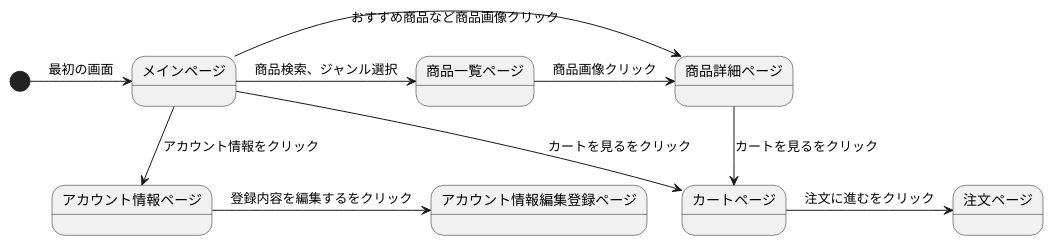
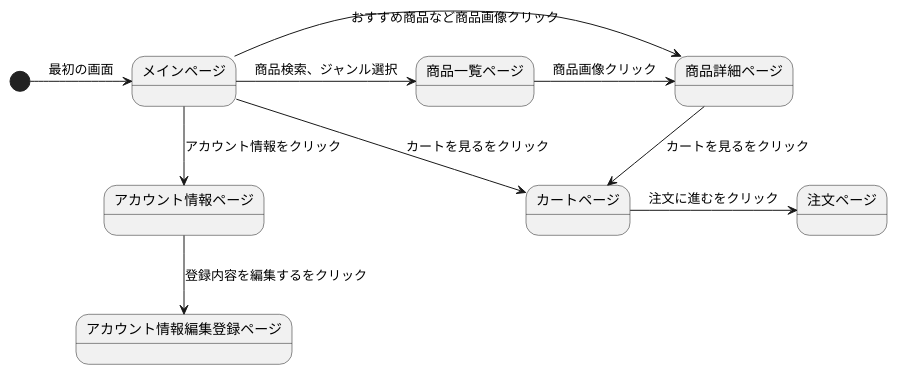
The first of 2 diagrams in orcashop/StateMachine.md (Aso2001385/2021sys-design), drawn with PlantUML before and after one commit.

````diff
--- a/orcashop/StateMachine.md
+++ b/orcashop/StateMachine.md
@@ -1,14 +1,14 @@
 ```uml
 @startuml
 
 [*] -> メインページ: 最初の画面
 メインページ -> 商品一覧ページ: 商品検索、ジャンル選択
 メインページ -> 商品詳細ページ: おすすめ商品など商品画像クリック
 商品一覧ページ -> 商品詳細ページ: 商品画像クリック
 商品詳細ページ -down-> カートページ: カートを見るをクリック
 カートページ -> 注文ページ: 注文に進むをクリック
 メインページ -down-> アカウント情報ページ: アカウント情報をクリック
 メインページ -> カートページ: カートを見るをクリック
-アカウント情報ページ -down> アカウント情報編集登録ページ: 登録内容を編集するをクリック
+アカウント情報ページ -down-> アカウント情報編集登録ページ: 登録内容を編集するをクリック
 @enduml
 ```
````
